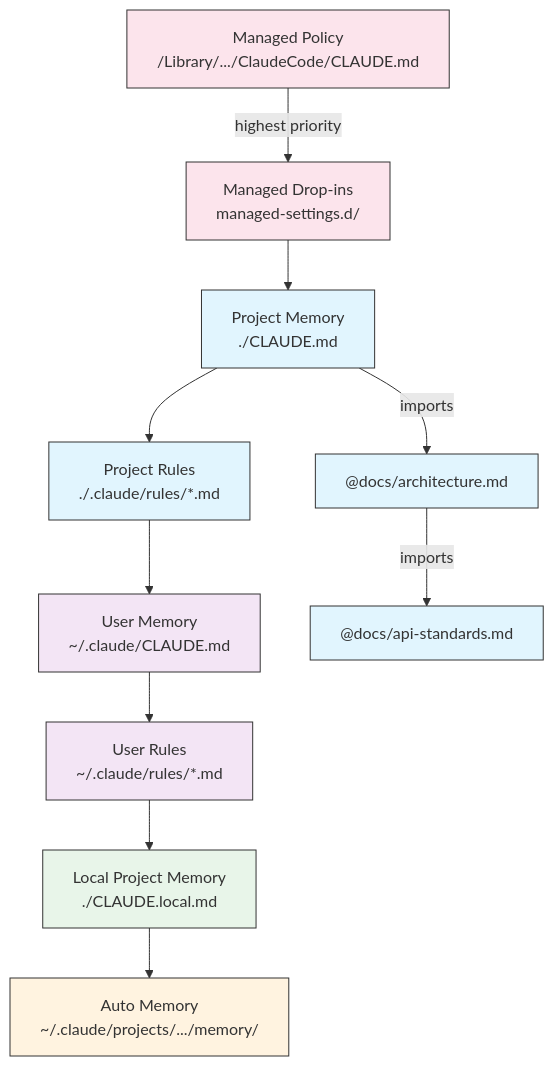
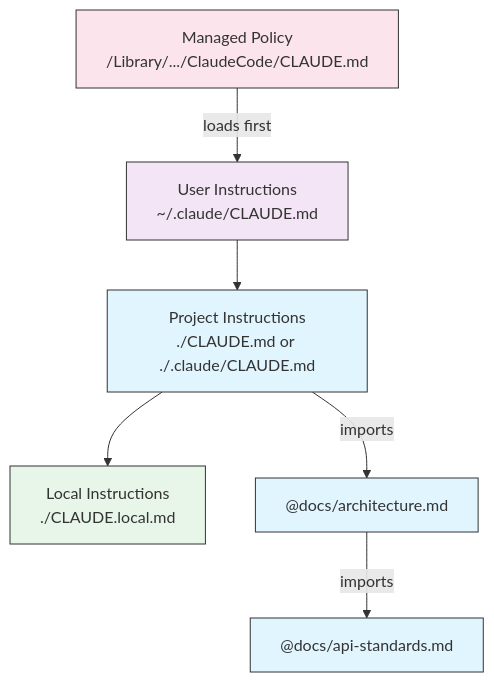
The second of 5 diagrams in 02-memory/README.md (luongnv89/claude-howto), drawn with Mermaid before and after one commit. The commit also changed other lines of this file and 23 other files, not shown here.

First line of the commit message:
docs: sync to Claude Code v2.1.212

````diff
--- a/02-memory/README.md
+++ b/02-memory/README.md
@@ -248,24 +237,16 @@
 ```mermaid
 graph TD
-    A["Managed Policy<br/>/Library/.../ClaudeCode/CLAUDE.md"] -->|highest priority| A2["Managed Drop-ins<br/>managed-settings.d/"]
-    A2 --> B["Project Memory<br/>./CLAUDE.md"]
-    B --> C["Project Rules<br/>./.claude/rules/*.md"]
-    C --> D["User Memory<br/>~/.claude/CLAUDE.md"]
-    D --> E["User Rules<br/>~/.claude/rules/*.md"]
-    E --> F["Local Project Memory<br/>./CLAUDE.local.md"]
-    F --> G["Auto Memory<br/>~/.claude/projects/.../memory/"]
+    A["Managed Policy<br/>/Library/.../ClaudeCode/CLAUDE.md"] -->|loads first| B["User Instructions<br/>~/.claude/CLAUDE.md"]
+    B --> C["Project Instructions<br/>./CLAUDE.md or ./.claude/CLAUDE.md"]
+    C --> D["Local Instructions<br/>./CLAUDE.local.md"]
 
-    B -->|imports| H["@docs/architecture.md"]
+    C -->|imports| H["@docs/architecture.md"]
     H -->|imports| I["@docs/api-standards.md"]
 
     style A fill:#fce4ec,stroke:#333,color:#333
-    style A2 fill:#fce4ec,stroke:#333,color:#333
-    style B fill:#e1f5fe,stroke:#333,color:#333
+    style B fill:#f3e5f5,stroke:#333,color:#333
     style C fill:#e1f5fe,stroke:#333,color:#333
-    style D fill:#f3e5f5,stroke:#333,color:#333
-    style E fill:#f3e5f5,stroke:#333,color:#333
-    style F fill:#e8f5e9,stroke:#333,color:#333
-    style G fill:#fff3e0,stroke:#333,color:#333
+    style D fill:#e8f5e9,stroke:#333,color:#333
     style H fill:#e1f5fe,stroke:#333,color:#333
     style I fill:#e1f5fe,stroke:#333,color:#333
 ```
````
